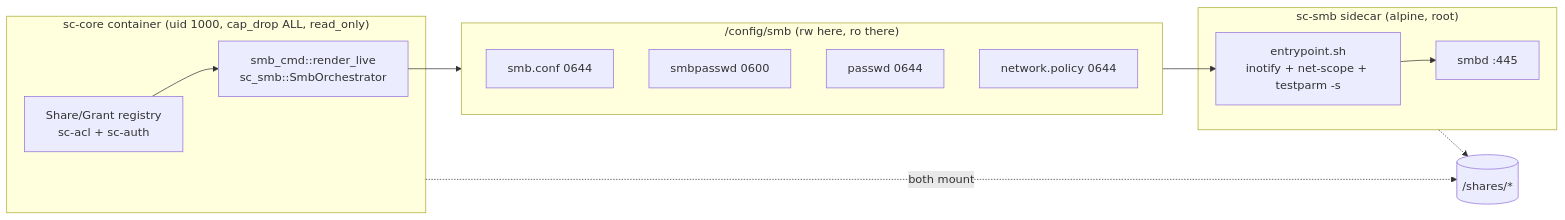
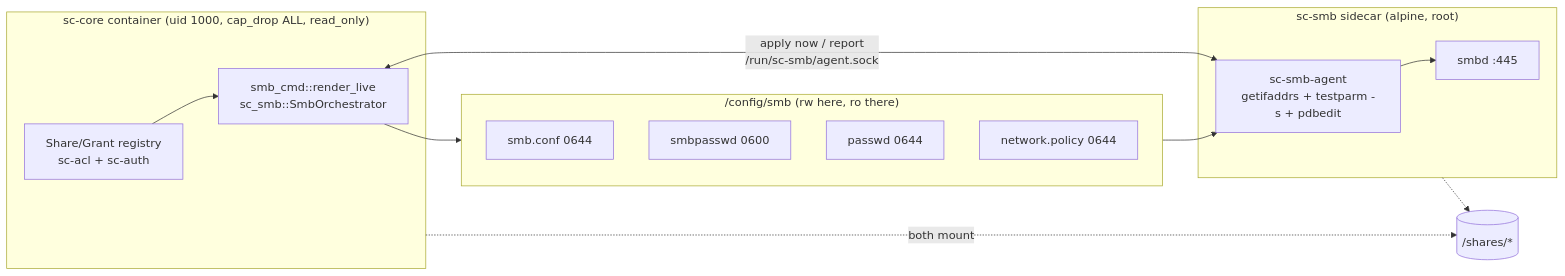
Before and after one commit to heavycaffeiner/stowcloud: the diagram in docs/proposals/stowcloud-1-smb.md, drawn with Mermaid. The commit also changed other lines of this file and 36 other files, not shown here.

````diff
--- a/docs/proposals/stowcloud-1-smb.md
+++ b/docs/proposals/stowcloud-1-smb.md
@@ -96,22 +97,23 @@
 ```mermaid
 flowchart LR
   subgraph core["sc-core container (uid 1000, cap_drop ALL, read_only)"]
     REG["Share/Grant registry\nsc-acl + sc-auth"]
     RENDER["smb_cmd::render_live\nsc_smb::SmbOrchestrator"]
     REG --> RENDER
   end
   subgraph vol["/config/smb (rw here, ro there)"]
     F1["smb.conf 0644"]
     F2["smbpasswd 0600"]
     F3["passwd 0644"]
     F4["network.policy 0644"]
   end
   subgraph side["sc-smb sidecar (alpine, root)"]
-    WATCH["entrypoint.sh\ninotify + net-scope + testparm -s"]
+    WATCH["sc-smb-agent\ngetifaddrs + testparm -s + pdbedit"]
     SMBD["smbd :445"]
     WATCH --> SMBD
   end
   RENDER --> vol --> WATCH
+  RENDER <-->|"apply now / report\n/run/sc-smb/agent.sock"| WATCH
   core -.->|both mount| SHARES[("/shares/*")]
   side -.-> SHARES
 ```
````
